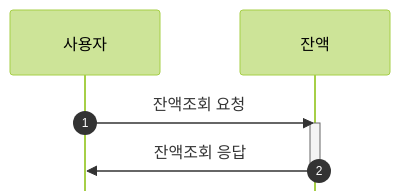
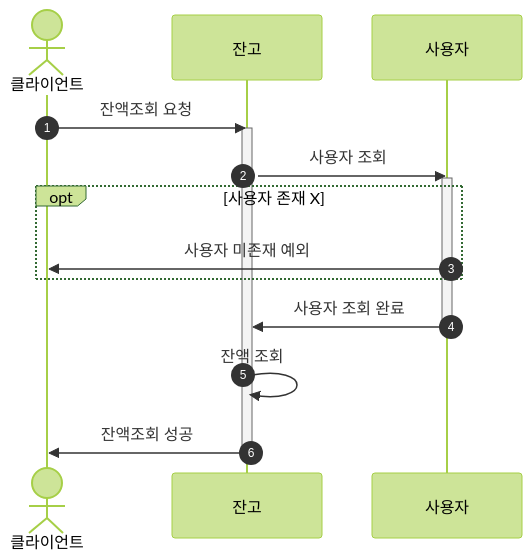
One commit to minjihonim/hh-server-java changed the second of 7 diagrams in docs/seq_diagram.md. Above: the diagram before and after it, drawn with Mermaid. The commit also changed other lines of this file, not shown here.

Commit message:
시퀀스 다이어그램 수정

````diff
--- a/docs/seq_diagram.md
+++ b/docs/seq_diagram.md
@@ -42,15 +61,24 @@
 ```mermaid
-%%{init: {"theme":"forest","logLevel":"fatal","securityLevel":"strict","startOnLoad":true,"arrowMarkerAbsolute":false,"htmlLabels":true,"sequence":{"useMaxWidth":true,"actorMargin":80,"mirrorActors":false,"showSequenceNumbers":true}}}%%
+%%{init: {"theme":"forest"}}%%
 sequenceDiagram
-
-participant C_CLIENT as 사용자
-participant C_CASH as 잔액
+autonumber
+actor C_CLIENT as 클라이언트
+participant C_CASH as 잔고
+participant C_USER as 사용자
 
 
 %% 잔액조회
 C_CLIENT ->> C_CASH : 잔액조회 요청
 activate C_CASH
-C_CASH ->> C_CLIENT : 잔액조회 응답
+C_CASH ->> C_USER: 사용자 조회
+activate C_USER
+opt 사용자 존재 X
+    C_USER ->> C_CLIENT : 사용자 미존재 예외
+end
+C_USER ->> C_CASH : 사용자 조회 완료
+deactivate C_USER
+C_CASH ->> C_CASH: 잔액 조회
+C_CASH ->> C_CLIENT : 잔액조회 성공
 deactivate C_CASH
 
 ```
````
